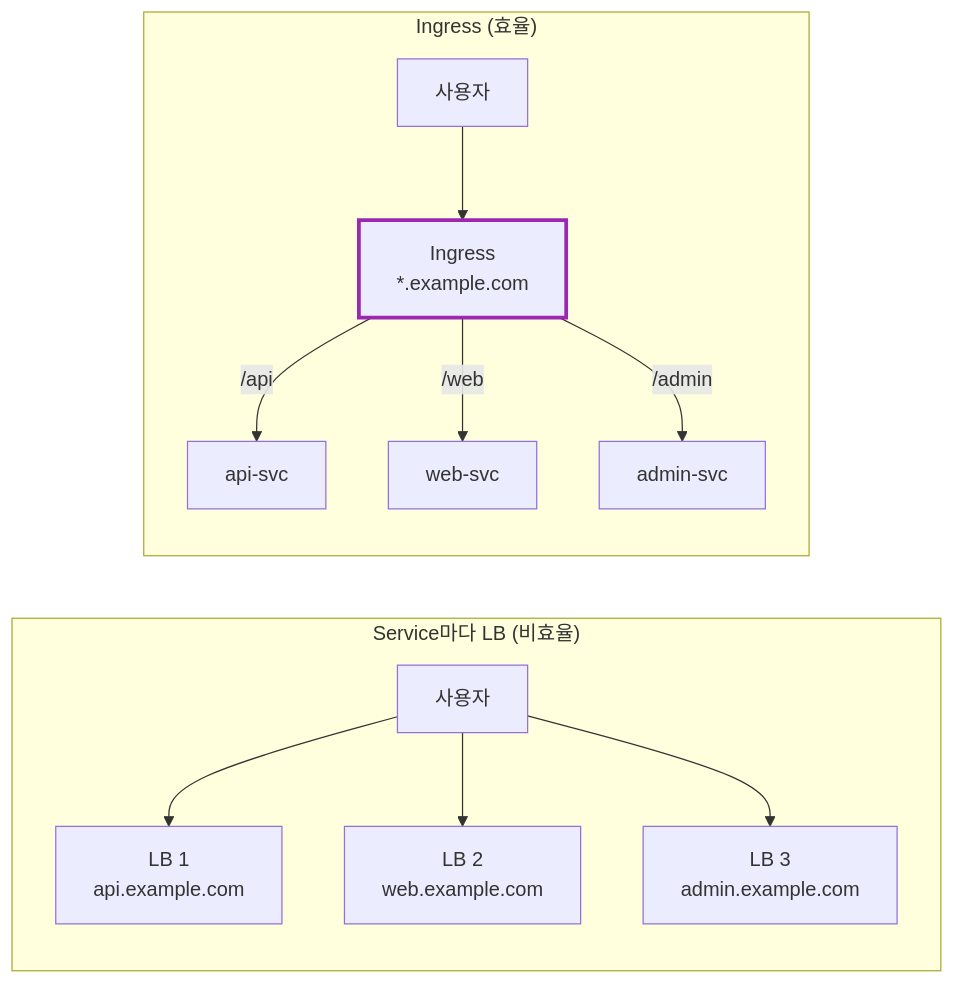
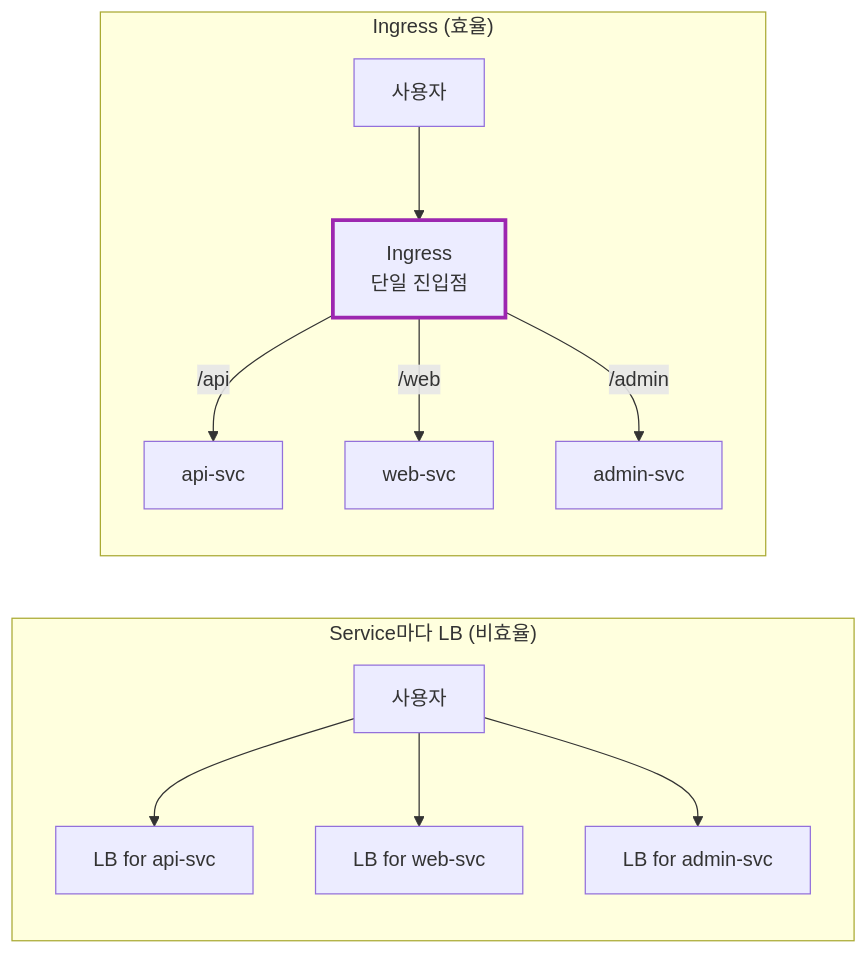
One commit to sskim91/TIL changed the first of 11 diagrams in kubernetes/Kubernetes-Ingress.md. Above: the diagram before and after it, drawn with Mermaid. The commit also changed other lines of this file and 1 other file, not shown here.

First line of the commit message:
Enhance Kubernetes Service and Ingress docs with cloud operational knowledge

````diff
--- a/kubernetes/Kubernetes-Ingress.md
+++ b/kubernetes/Kubernetes-Ingress.md
@@ -9,17 +9,17 @@
 ```mermaid
 flowchart LR
     subgraph "Service마다 LB (비효율)"
-        U1[사용자] --> LB1[LB 1<br>api.example.com]
-        U1 --> LB2[LB 2<br>web.example.com]
-        U1 --> LB3[LB 3<br>admin.example.com]
+        U1[사용자] --> LB1[LB for api-svc]
+        U1 --> LB2[LB for web-svc]
+        U1 --> LB3[LB for admin-svc]
     end
 
     subgraph "Ingress (효율)"
-        U2[사용자] --> ING[Ingress<br>*.example.com]
+        U2[사용자] --> ING[Ingress<br>단일 진입점]
         ING -->|"/api"| API[api-svc]
         ING -->|"/web"| WEB[web-svc]
         ING -->|"/admin"| ADM[admin-svc]
     end
 
     style ING stroke:#9C27B0,stroke-width:3px
 ```
````
